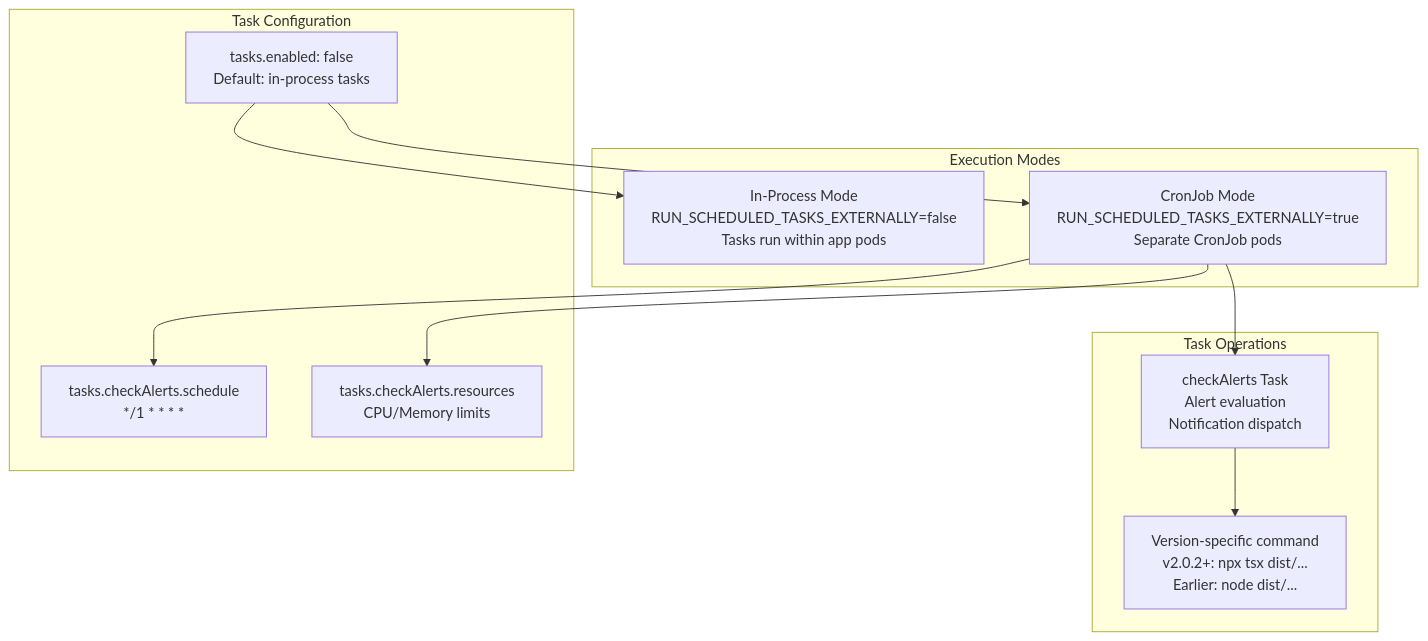
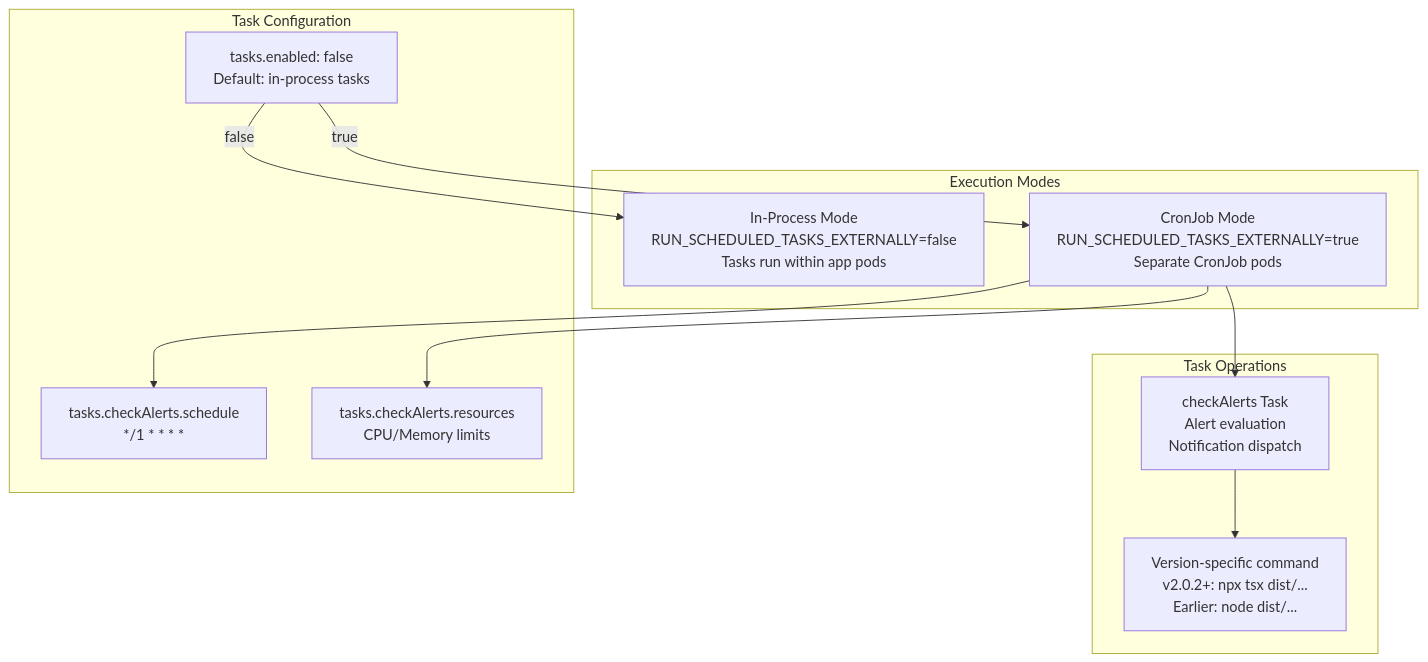
One commit to openchoreo/openchoreo changed the eighth of 10 diagrams in docs/hyperdxio-helm-charts-docs/Operations-and-Maintenance.md. Above: the diagram before and after it, drawn with Mermaid. The commit also changed other lines of this file and 85 other files, not shown here.

Commit message:
feat: Add new workflow and specification templates, update Helm chart dependencies, and clarify documentation diagrams.

````diff
--- a/docs/hyperdxio-helm-charts-docs/Operations-and-Maintenance.md
+++ b/docs/hyperdxio-helm-charts-docs/Operations-and-Maintenance.md
@@ -682,34 +682,34 @@
 ```mermaid
 flowchart TD
 
 Enabled["tasks.enabled: false<br>Default: in-process tasks"]
 Schedule["tasks.checkAlerts.schedule<br>*/1 * * * *"]
 Resources["tasks.checkAlerts.resources<br>CPU/Memory limits"]
 InProcess["In-Process Mode<br>RUN_SCHEDULED_TASKS_EXTERNALLY=false<br>Tasks run within app pods"]
 CronJob["CronJob Mode<br>RUN_SCHEDULED_TASKS_EXTERNALLY=true<br>Separate CronJob pods"]
 CheckAlerts["checkAlerts Task<br>Alert evaluation<br>Notification dispatch"]
 Command["Version-specific command<br>v2.0.2+: npx tsx dist/...<br>Earlier: node dist/..."]
 
-Enabled --> InProcess
-Enabled --> CronJob
+Enabled -->|"false"| InProcess
+Enabled -->|"true"| CronJob
 CronJob --> Schedule
 CronJob --> Resources
 CronJob --> CheckAlerts
 
 subgraph subGraph2 ["Task Operations"]
     CheckAlerts
     Command
     CheckAlerts --> Command
 end
 
 subgraph subGraph1 ["Execution Modes"]
     InProcess
     CronJob
 end
 
 subgraph subGraph0 ["Task Configuration"]
     Enabled
     Schedule
     Resources
 end
 ```
````
